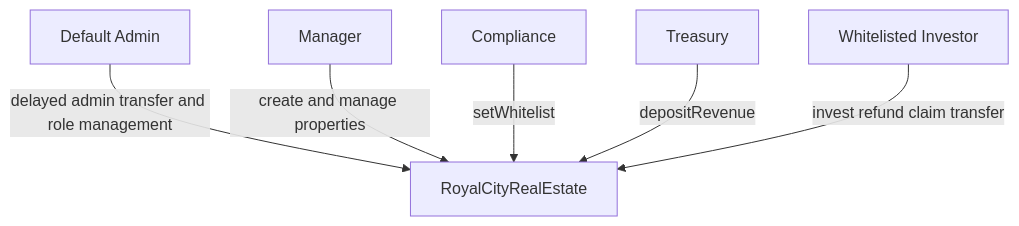
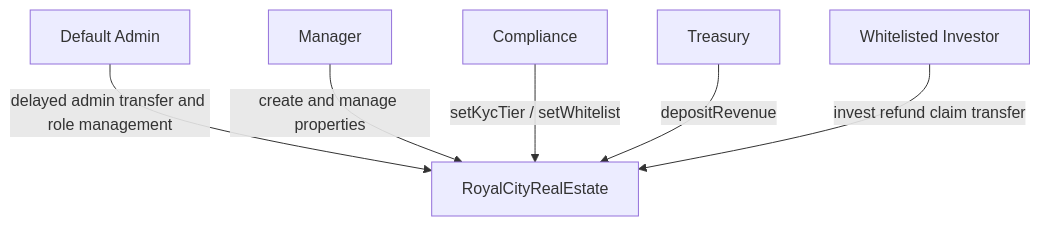
Before and after one commit to huichain/royalcity-contracts: the second of 4 diagrams in README.md, drawn with Mermaid. The commit also changed other lines of this file and 3 other files, not shown here.

````diff
--- a/README.md
+++ b/README.md
@@ -181,8 +182,8 @@
 ```mermaid
 flowchart TD
   Admin["Default Admin"] -->|"delayed admin transfer and role management"| Contract["RoyalCityRealEstate"]
   Manager["Manager"] -->|"create and manage properties"| Contract
-  Compliance["Compliance"] -->|"setWhitelist"| Contract
+  Compliance["Compliance"] -->|"setKycTier / setWhitelist"| Contract
   Treasury["Treasury"] -->|"depositRevenue"| Contract
   Investor["Whitelisted Investor"] -->|"invest refund claim transfer"| Contract
 ```
````
